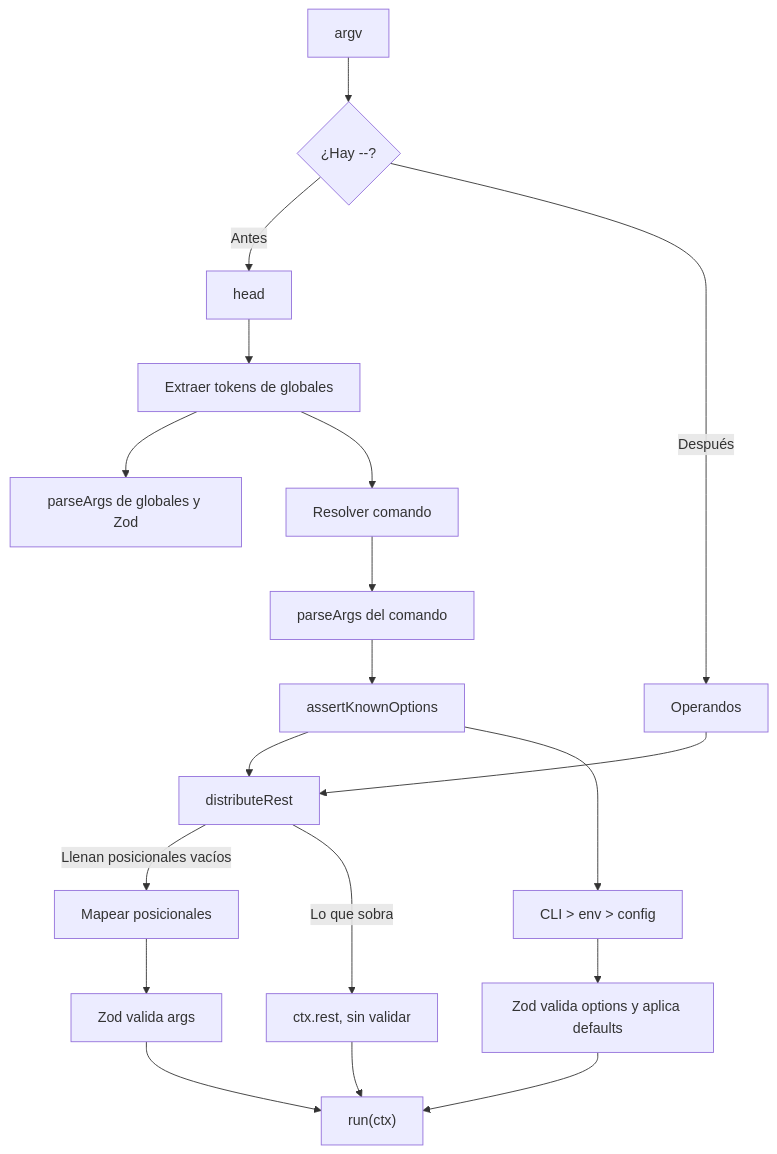
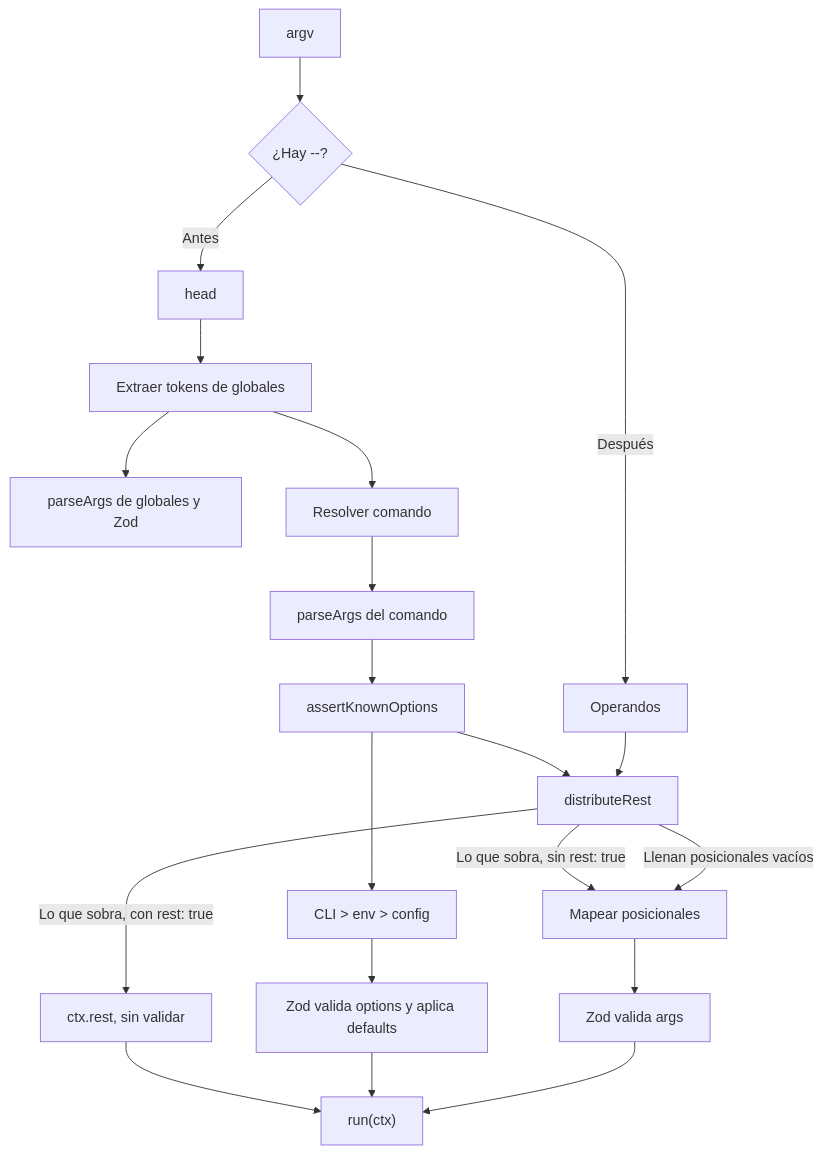
Before and after one commit to jrodrigopuca/runa-cmd: the first of 2 diagrams in docs/flows/argument-parsing.md, drawn with Mermaid. The commit also changed other lines of this file and 26 other files, not shown here.

````diff
--- a/docs/flows/argument-parsing.md
+++ b/docs/flows/argument-parsing.md
@@ -7,21 +7,22 @@
 ```mermaid
 flowchart TD
     A["argv"] --> B{"¿Hay --?"}
     B -->|"Antes"| C["head"]
     B -->|"Después"| R["Operandos"]
     C --> D["Extraer tokens de globales"]
     D --> E["parseArgs de globales y Zod"]
     D --> F["Resolver comando"]
     F --> G["parseArgs del comando"]
     G --> H["assertKnownOptions"]
     R --> S["distributeRest"]
     H --> S
     S -->|"Llenan posicionales vacíos"| I["Mapear posicionales"]
-    S -->|"Lo que sobra"| T["ctx.rest, sin validar"]
+    S -->|"Lo que sobra, con rest: true"| T["ctx.rest, sin validar"]
+    S -->|"Lo que sobra, sin rest: true"| I
     H --> J["CLI > env > config"]
     I --> K["Zod valida args"]
     J --> L["Zod valida options y aplica defaults"]
     K --> M["run(ctx)"]
     L --> M
     T --> M
 ```
````
